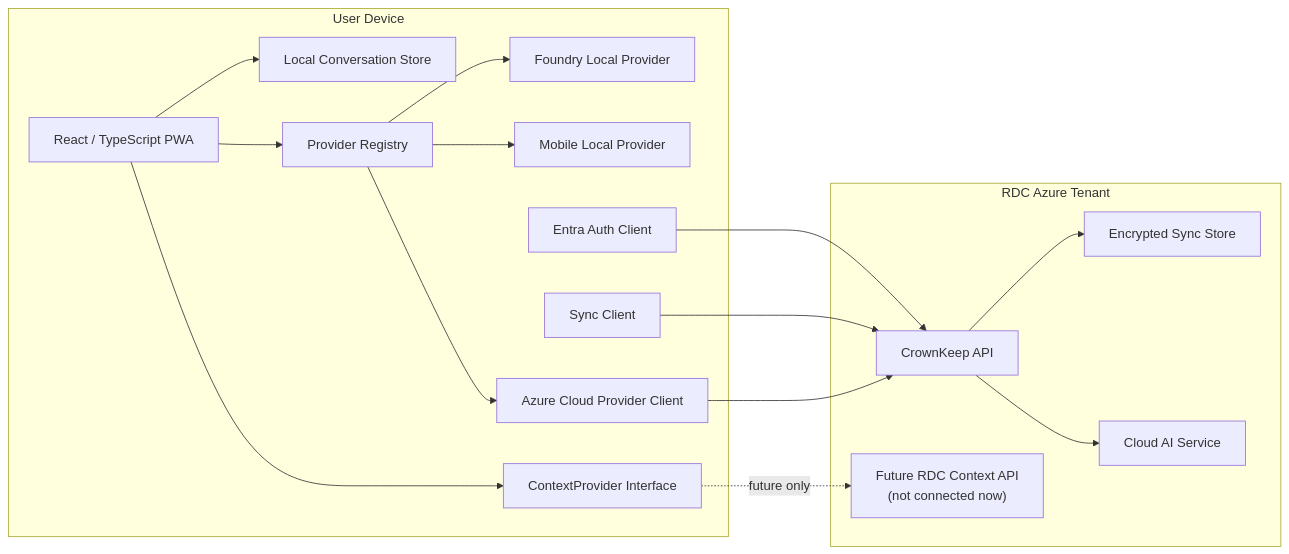
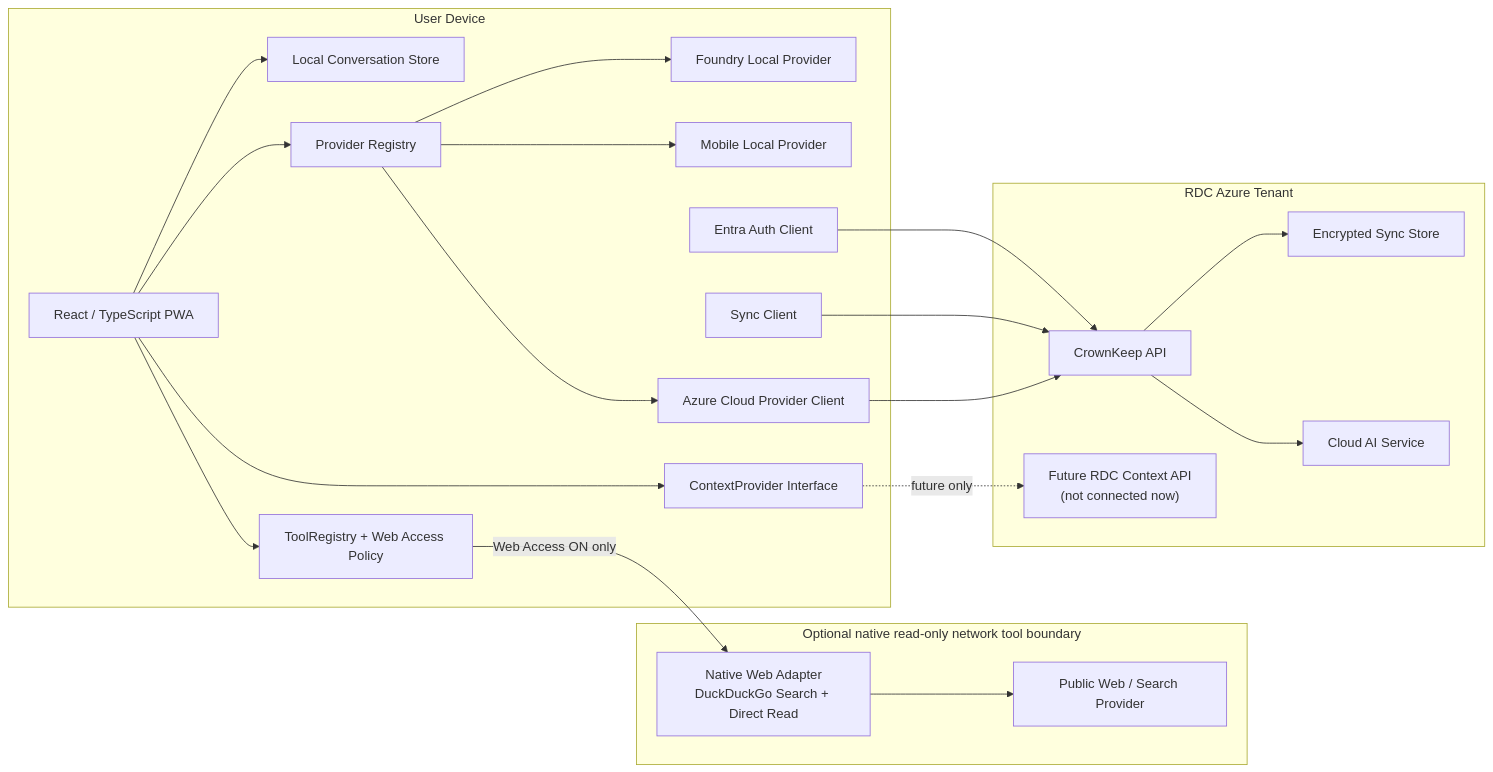
Before and after one commit to dakROLO/rdc-ai: the diagram in docs/ARCHITECTURE.md, drawn with Mermaid. The commit also changed other lines of this file and 89 other files, not shown here.

First line of the commit message:
CrownKeep local platform convergence, Web Access, and facelift

````diff
--- a/docs/ARCHITECTURE.md
+++ b/docs/ARCHITECTURE.md
@@ -5,36 +5,45 @@
 ```mermaid
 flowchart LR
     subgraph Device["User Device"]
         UI["React / TypeScript PWA"]
         DB["Local Conversation Store"]
         PR["Provider Registry"]
         FL["Foundry Local Provider"]
         WL["Mobile Local Provider"]
         AF["Azure Cloud Provider Client"]
         SY["Sync Client"]
         AU["Entra Auth Client"]
         CP["ContextProvider Interface"]
+        TR["ToolRegistry + Web Access Policy"]
+    end
+
+    subgraph WebBoundary["Optional native read-only network tool boundary"]
+        NW["Native Web Adapter\nDuckDuckGo Search + Direct Read"]
+        WEB["Public Web / Search Provider"]
     end
 
     subgraph Azure["RDC Azure Tenant"]
         API["CrownKeep API"]
         SS["Encrypted Sync Store"]
         CAI["Cloud AI Service"]
         FCTX["Future RDC Context API\n(not connected now)"]
     end
 
     UI --> DB
     UI --> PR
     PR --> FL
     PR --> WL
     PR --> AF
     UI --> CP
+    UI --> TR
+    TR -->|Web Access ON only| NW
+    NW --> WEB
 
     AU --> API
     SY --> API
     AF --> API
     API --> SS
     API --> CAI
 
     CP -. future only .-> FCTX
 ```
````
